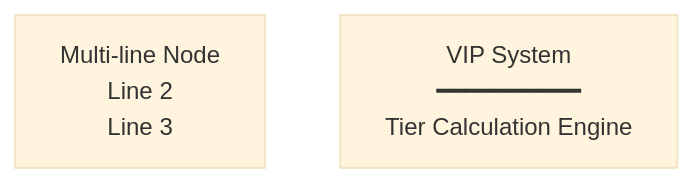
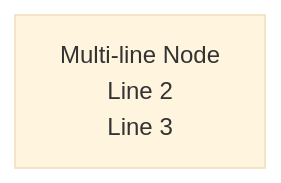
One commit to ron03wlb/smart-admin changed the fourth of 28 diagrams in .claude/skills/extended/domain/igaming-multi-tenant-wallet-pm/knowledge/mermaid-best-practices.md. Above: the diagram before and after it, drawn with Mermaid (base theme). The commit also changed other lines of this file and 27 other files, not shown here.

First line of the commit message:
docs: 更新 iGaming 文檔與 Mermaid 最佳實踐 - Week 11-12 整合

````diff
--- a/.claude/skills/extended/domain/igaming-multi-tenant-wallet-pm/knowledge/mermaid-best-practices.md
+++ b/.claude/skills/extended/domain/igaming-multi-tenant-wallet-pm/knowledge/mermaid-best-practices.md
@@ -58,5 +78,4 @@
 ```mermaid
 graph TD
     A["Multi-line Node\nLine 2\nLine 3"]
-    B["VIP System\n━━━━━━━━━━\nTier Calculation Engine"]
 ```
````
